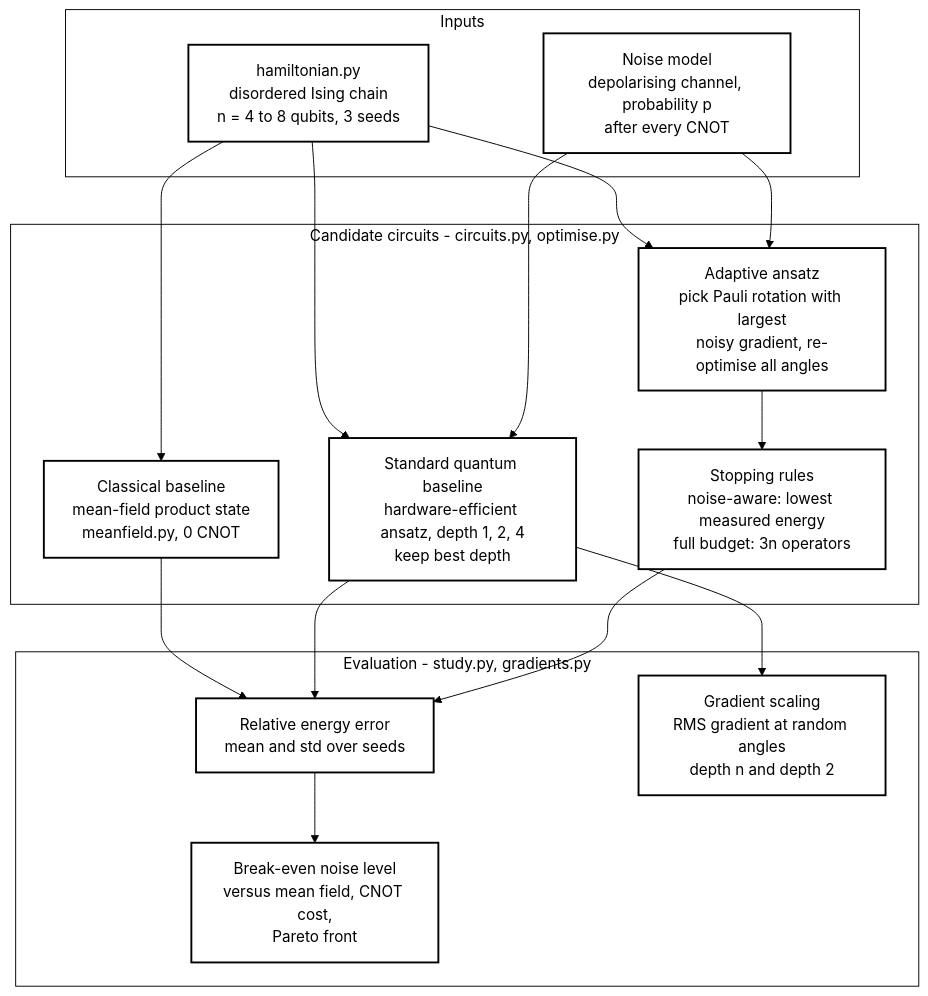
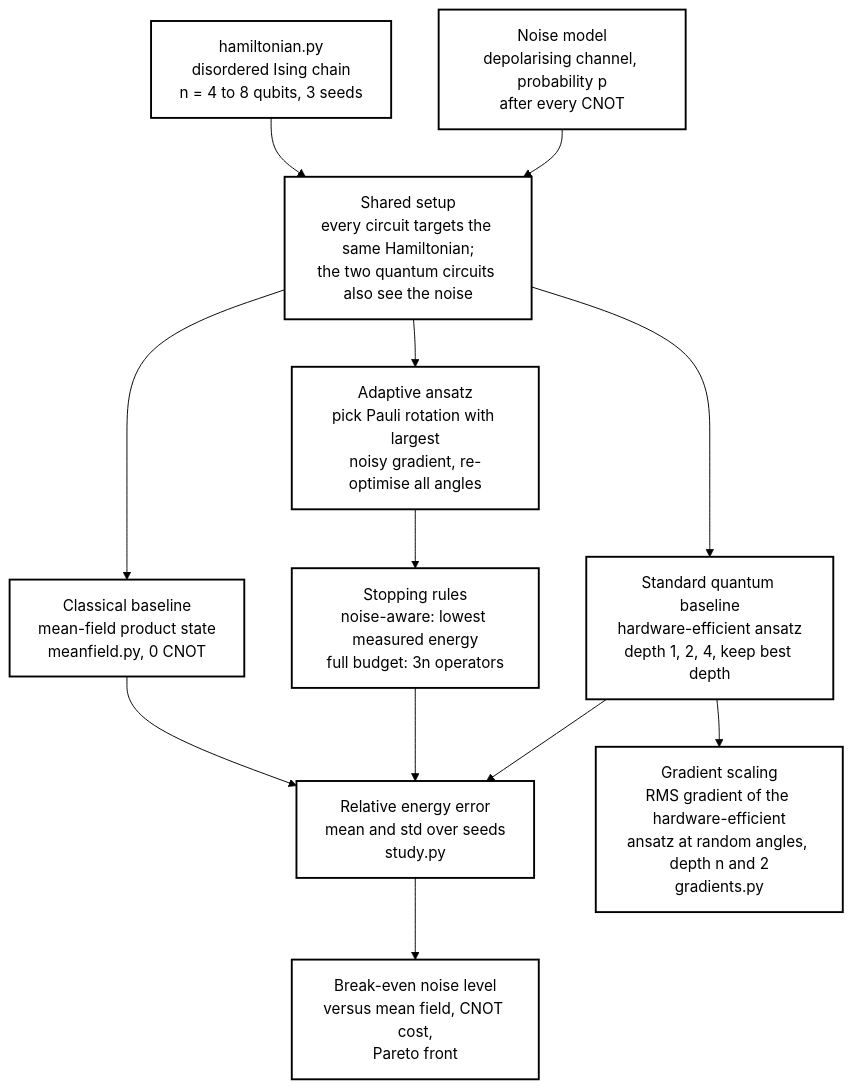
The diagram in README.md (pradeepdegalaroyal/adapt-vs-hea-noise-induced-barren-plateau-vqe), drawn with Mermaid before and after one commit. The commit also changed other lines of this file, not shown here.

Commit message:
Redraw the method diagram without crossing arrows and fix line endings so tables display correctly on GitHub

````diff
--- a/README.md
+++ b/README.md
@@ -130,94 +44,27 @@
 ```mermaid
-
-
 %%{init: {'theme': 'base', 'themeVariables': {'primaryColor': '#ffffff', 'primaryTextColor': '#000000', 'primaryBorderColor': '#000000', 'lineColor': '#000000', 'secondaryColor': '#ffffff', 'tertiaryColor': '#ffffff', 'background': '#ffffff', 'noteBkgColor': '#ffffff', 'noteTextColor': '#000000', 'actorBkg': '#ffffff', 'actorBorder': '#000000', 'actorTextColor': '#000000', 'signalColor': '#000000', 'signalTextColor': '#000000', 'labelBoxBkgColor': '#ffffff', 'labelTextColor': '#000000', 'clusterBkg': '#ffffff', 'clusterBorder': '#000000'}}}%%
-
-
 flowchart TD
-
-
-  subgraph IN["Inputs"]
-
-
-    A["hamiltonian.py<br/>disordered Ising chain<br/>n = 4 to 8 qubits, 3 seeds"]
-
-
-    B["Noise model<br/>depolarising channel, probability p<br/>after every CNOT"]
-
-
-  end
-
-
-  subgraph CORE["Candidate circuits - circuits.py, optimise.py"]
-
-
-    C["Classical baseline<br/>mean-field product state<br/>meanfield.py, 0 CNOT"]
-
-
-    D["Standard quantum baseline<br/>hardware-efficient ansatz, depth 1, 2, 4<br/>keep best depth"]
-
-
-    E["Adaptive ansatz<br/>pick Pauli rotation with largest<br/>noisy gradient, re-optimise all angles"]
-
-
-    F["Stopping rules<br/>noise-aware: lowest measured energy<br/>full budget: 3n operators"]
-
-
-  end
-
-
-  subgraph EVAL["Evaluation - study.py, gradients.py"]
-
-
-    G["Relative energy error<br/>mean and std over seeds"]
-
-
-    H["Gradient scaling<br/>RMS gradient at random angles<br/>depth n and depth 2"]
-
-
-    I["Break-even noise level<br/>versus mean field, CNOT cost,<br/>Pareto front"]
-
-
-  end
-
-
-  A --> C
-
-
-  A --> D
-
-
-  A --> E
-
-
-  B --> D
-
-
-  B --> E
-
-
+  A["hamiltonian.py<br/>disordered Ising chain<br/>n = 4 to 8 qubits, 3 seeds"]
+  B["Noise model<br/>depolarising channel, probability p<br/>after every CNOT"]
+  S["Shared setup<br/>every circuit targets the same Hamiltonian;<br/>the two quantum circuits also see the noise"]
+  C["Classical baseline<br/>mean-field product state<br/>meanfield.py, 0 CNOT"]
+  E["Adaptive ansatz<br/>pick Pauli rotation with largest<br/>noisy gradient, re-optimise all angles"]
+  F["Stopping rules<br/>noise-aware: lowest measured energy<br/>full budget: 3n operators"]
+  D["Standard quantum baseline<br/>hardware-efficient ansatz<br/>depth 1, 2, 4, keep best depth"]
+  G["Relative energy error<br/>mean and std over seeds<br/>study.py"]
+  H["Gradient scaling<br/>RMS gradient of the hardware-efficient<br/>ansatz at random angles, depth n and 2<br/>gradients.py"]
+  I["Break-even noise level<br/>versus mean field, CNOT cost,<br/>Pareto front"]
+  A --> S
+  B --> S
+  S --> C
+  S --> E
   E --> F
-
-
+  S --> D
   C --> G
-
-
   D --> G
-
-
   F --> G
-
-
   D --> H
-
-
   G --> I
-
-
   classDef bw fill:#ffffff,stroke:#000000,color:#000000,stroke-width:2px;
-
-
-  class A,B,C,D,E,F,G,H,I bw;
-
-
+  class A,B,S,C,D,E,F,G,H,I bw;
 ```
````
